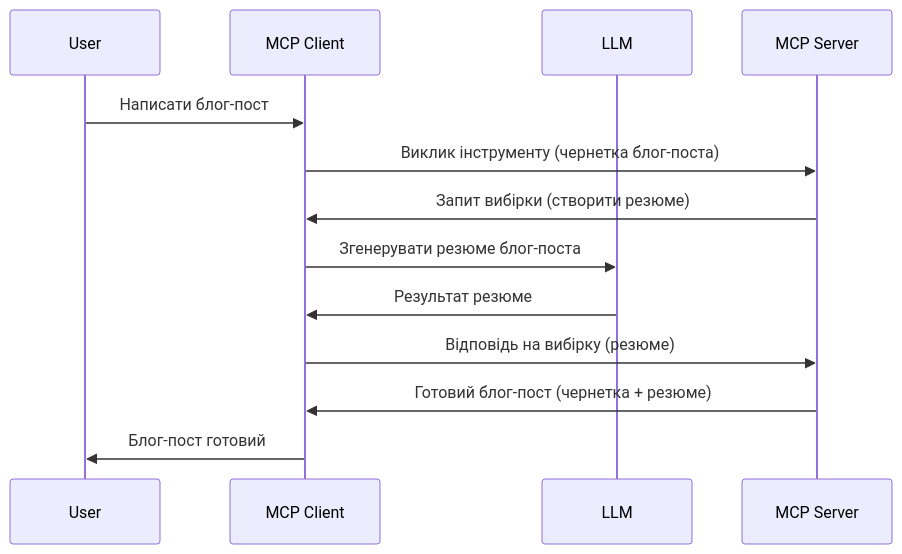
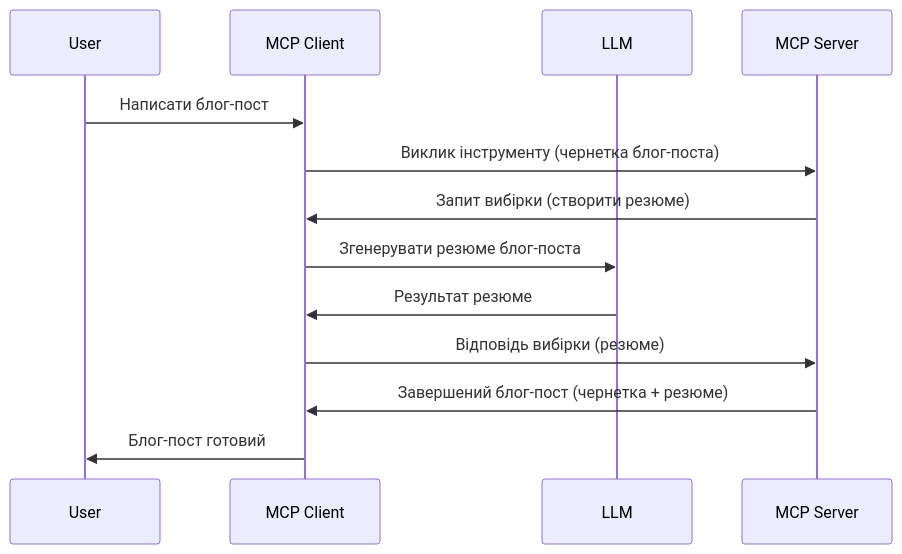
One commit to HIDORAKAI002/ai-workspace-archive changed the diagram in mcp_ecosystem__model_context_protocol/mcp_learning_resources/mcp-for-beginners/translations/uk/03-GettingStarted/14-sampling/README.md. Above: the diagram before and after it, drawn with Mermaid. The commit also changed other lines of this file and 1160 other files, not shown here.

````diff
--- a/mcp_ecosystem__model_context_protocol/mcp_learning_resources/mcp-for-beginners/translations/uk/03-GettingStarted/14-sampling/README.md
+++ b/mcp_ecosystem__model_context_protocol/mcp_learning_resources/mcp-for-beginners/translations/uk/03-GettingStarted/14-sampling/README.md
@@ -23,16 +23,16 @@
 ```mermaid
 sequenceDiagram
     participant User
     participant MCP Client
     participant LLM
     participant MCP Server
 
     User->>MCP Client: Написати блог-пост
     MCP Client->>MCP Server: Виклик інструменту (чернетка блог-поста)
     MCP Server->>MCP Client: Запит вибірки (створити резюме)
     MCP Client->>LLM: Згенерувати резюме блог-поста
     LLM->>MCP Client: Результат резюме
-    MCP Client->>MCP Server: Відповідь на вибірку (резюме)
-    MCP Server->>MCP Client: Готовий блог-пост (чернетка + резюме)
+    MCP Client->>MCP Server: Відповідь вибірки (резюме)
+    MCP Server->>MCP Client: Завершений блог-пост (чернетка + резюме)
     MCP Client->>User: Блог-пост готовий
 ```
````
